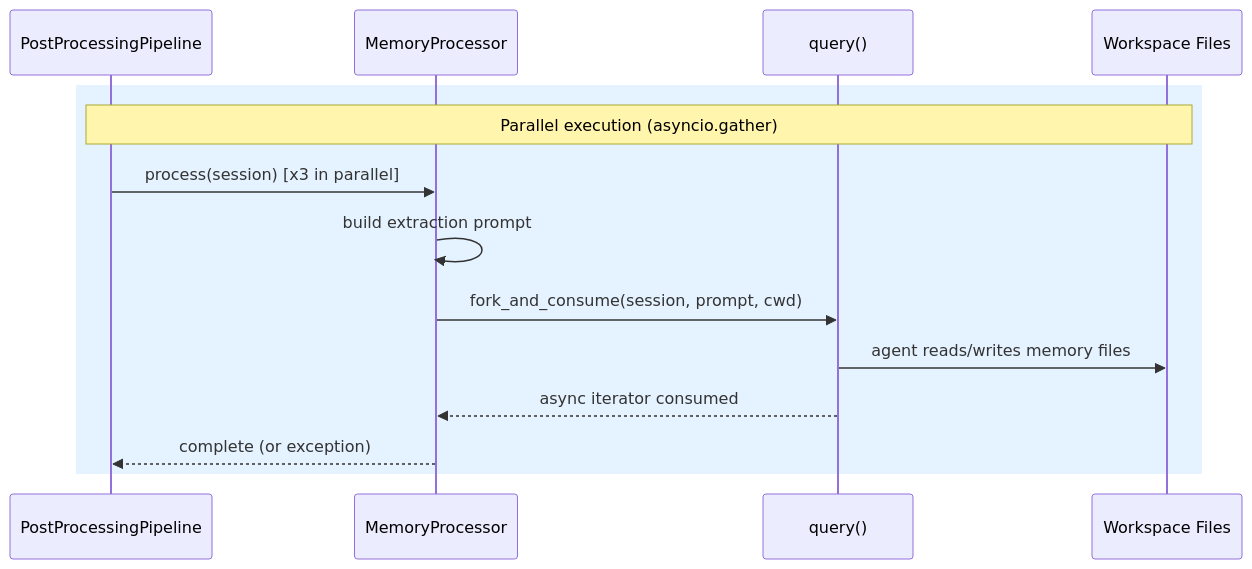
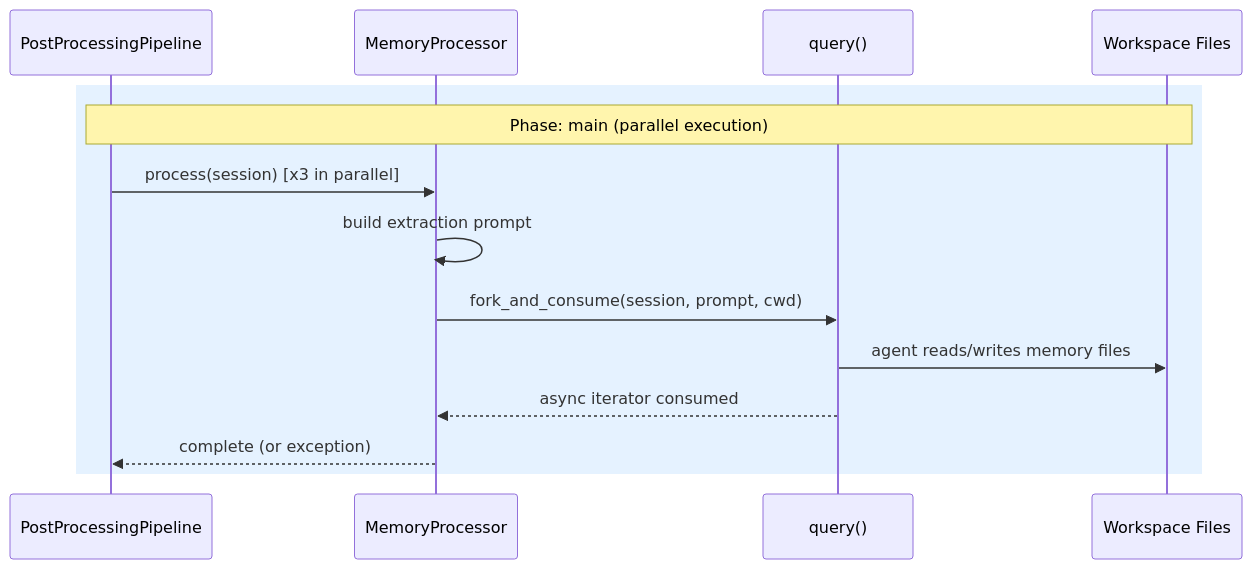
Before and after one commit to asermax/tachikoma: the diagram in docs/feature-designs/memory/memory-extraction.md, drawn with Mermaid. The commit also changed other lines of this file and 16 other files, not shown here.

````diff
--- a/docs/feature-designs/memory/memory-extraction.md
+++ b/docs/feature-designs/memory/memory-extraction.md
@@ -92,17 +77,17 @@
 ```mermaid
 sequenceDiagram
     participant Pipeline as PostProcessingPipeline
     participant Proc as MemoryProcessor
     participant SDK as query()
     participant FS as Workspace Files
 
     rect rgba(0, 128, 255, 0.1)
-        Note over Pipeline,FS: Parallel execution (asyncio.gather)
+        Note over Pipeline,FS: Phase: main (parallel execution)
         Pipeline->>Proc: process(session) [x3 in parallel]
         Proc->>Proc: build extraction prompt
         Proc->>SDK: fork_and_consume(session, prompt, cwd)
         SDK->>FS: agent reads/writes memory files
         SDK-->>Proc: async iterator consumed
         Proc-->>Pipeline: complete (or exception)
     end
 ```
````
